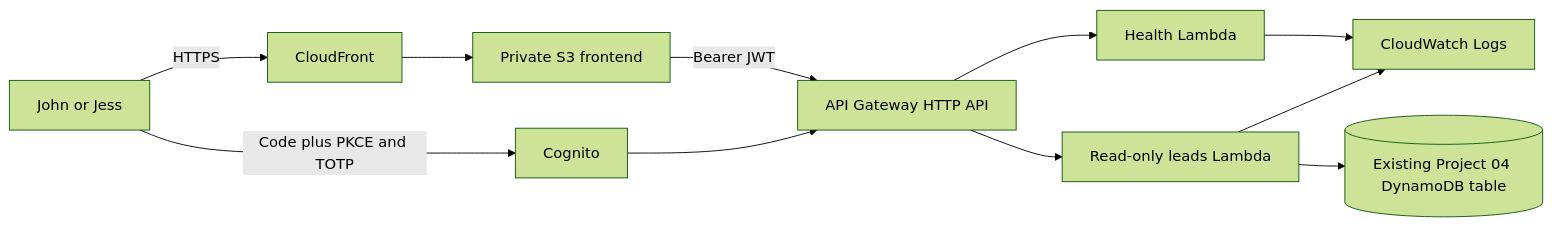
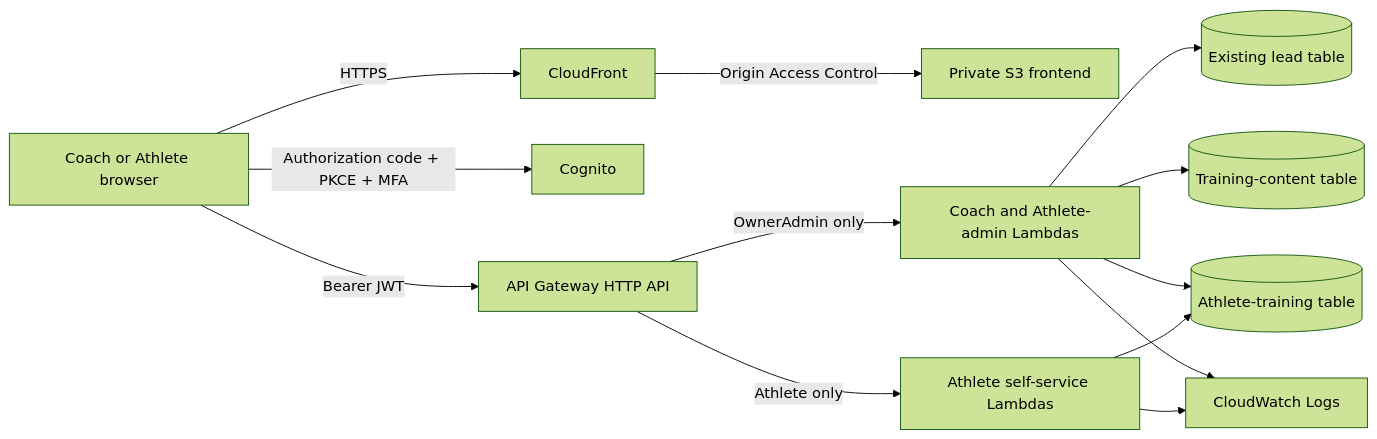
Before and after one commit to johnfentoncloud/project-06-f4f-operations-dashboard: the diagram in README.md, drawn with Mermaid (forest theme). The commit also changed other lines of this file and 2 other files, not shown here.

Commit message:
docs(project-06): present integrated Coach and Athlete architecture

````diff
--- a/README.md
+++ b/README.md
@@ -18,13 +42,15 @@
 ```mermaid
 flowchart LR
-    Owner[John or Jess] -->|HTTPS| CF[CloudFront]
-    CF --> S3[Private S3 frontend]
-    Owner -->|Code plus PKCE and TOTP| Cognito[Cognito]
-    S3 -->|Bearer JWT| API[API Gateway HTTP API]
-    Cognito --> API
-    API --> Health[Health Lambda]
-    API --> Leads[Read-only leads Lambda]
-    Leads --> Existing[(Existing Project 04 DynamoDB table)]
-    Health --> Logs[CloudWatch Logs]
-    Leads --> Logs
+    Browser[Coach or Athlete browser] -->|HTTPS| CF[CloudFront]
+    CF -->|Origin Access Control| S3[Private S3 frontend]
+    Browser -->|Authorization code + PKCE + MFA| Cognito[Cognito]
+    Browser -->|Bearer JWT| API[API Gateway HTTP API]
+    API -->|OwnerAdmin only| OwnerAPI[Coach and Athlete-admin Lambdas]
+    API -->|Athlete only| AthleteAPI[Athlete self-service Lambdas]
+    OwnerAPI --> Leads[(Existing lead table)]
+    OwnerAPI --> Training[(Training-content table)]
+    OwnerAPI --> AthleteDB[(Athlete-training table)]
+    AthleteAPI --> AthleteDB
+    OwnerAPI --> Logs[CloudWatch Logs]
+    AthleteAPI --> Logs
 ```
````
